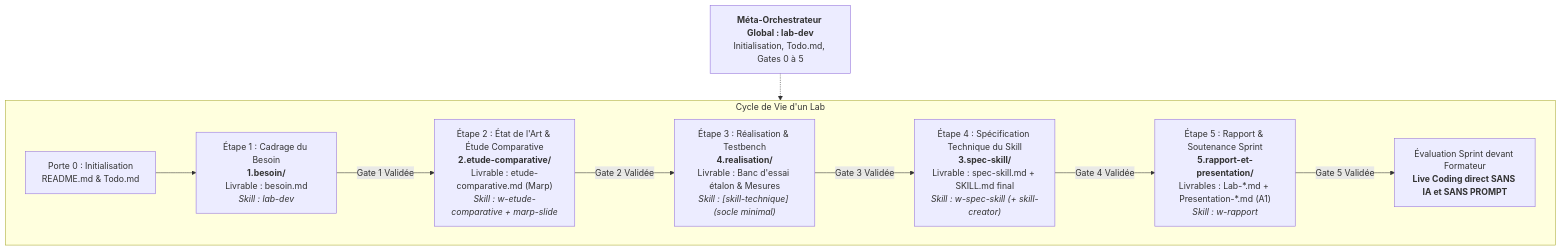
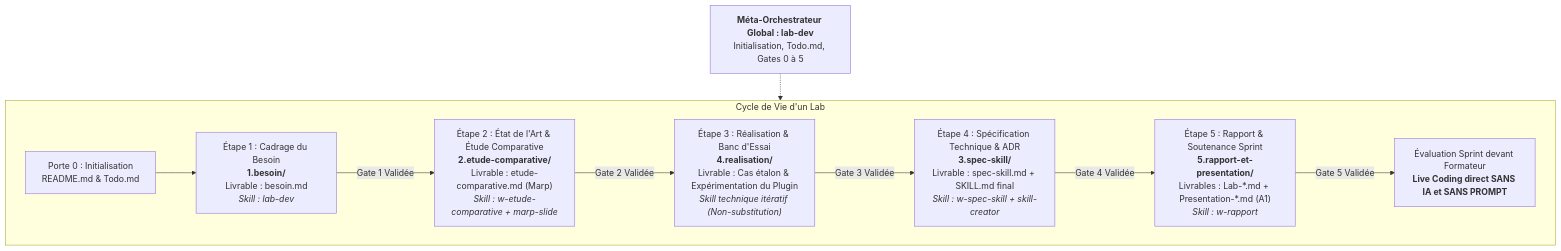
Before and after one commit to labs-agent-dev/lab-skills-framework: the diagram in docs/03-flux-de-travail-lab.md, drawn with Mermaid. The commit also changed other lines of this file and 6 other files, not shown here.

````diff
--- a/docs/03-flux-de-travail-lab.md
+++ b/docs/03-flux-de-travail-lab.md
@@ -11,13 +11,13 @@
 ```mermaid
 flowchart TD
     subgraph WFL["Cycle de Vie d'un Lab"]
         G0["Porte 0 : Initialisation<br/>README.md & Todo.md"] --> E1["Étape 1 : Cadrage du Besoin<br/><b>1.besoin/</b><br/>Livrable : besoin.md<br/><i>Skill : lab-dev</i>"]
         E1 -->|Gate 1 Validée| E2["Étape 2 : État de l'Art & Étude Comparative<br/><b>2.etude-comparative/</b><br/>Livrable : etude-comparative.md (Marp)<br/><i>Skill : w-etude-comparative + marp-slide</i>"]
-        E2 -->|Gate 2 Validée| E3["Étape 3 : Réalisation & Testbench<br/><b>4.realisation/</b><br/>Livrable : Banc d'essai étalon & Mesures<br/><i>Skill : [skill-technique] (socle minimal)</i>"]
-        E3 -->|Gate 3 Validée| E4["Étape 4 : Spécification Technique du Skill<br/><b>3.spec-skill/</b><br/>Livrable : spec-skill.md + SKILL.md final<br/><i>Skill : w-spec-skill (+ skill-creator)</i>"]
+        E2 -->|Gate 2 Validée| E3["Étape 3 : Réalisation & Banc d'Essai<br/><b>4.realisation/</b><br/>Livrable : Cas étalon & Expérimentation du Plugin<br/><i>Skill technique itératif (Non-substitution)</i>"]
+        E3 -->|Gate 3 Validée| E4["Étape 4 : Spécification Technique & ADR<br/><b>3.spec-skill/</b><br/>Livrable : spec-skill.md + SKILL.md final<br/><i>Skill : w-spec-skill + skill-creator</i>"]
         E4 -->|Gate 4 Validée| E5["Étape 5 : Rapport & Soutenance Sprint<br/><b>5.rapport-et-presentation/</b><br/>Livrables : Lab-*.md + Presentation-*.md (A1)<br/><i>Skill : w-rapport</i>"]
         E5 -->|Gate 5 Validée| EVAL["Évaluation Sprint devant Formateur<br/><b>Live Coding direct SANS IA et SANS PROMPT</b>"]
     end
 
     ORCH["<b>Méta-Orchestrateur Global : lab-dev</b><br/>Initialisation, Todo.md, Gates 0 à 5"] -.-> WFL
 ```
````
